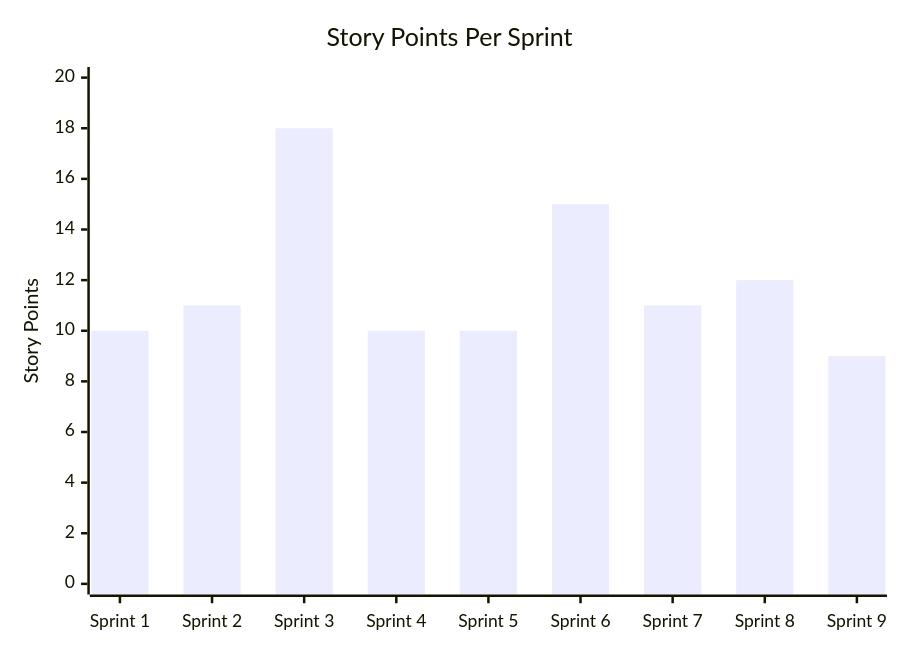
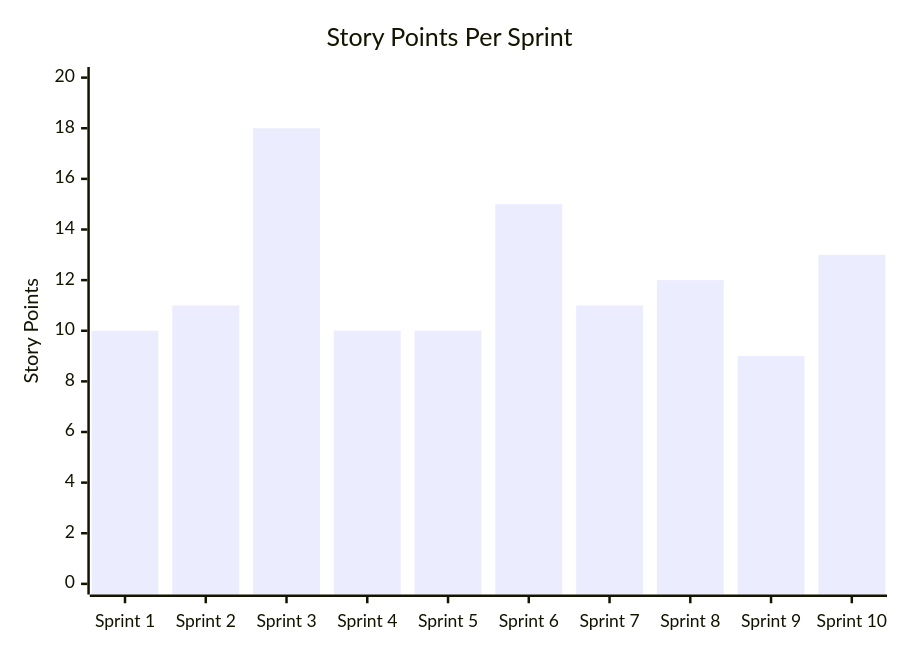
One commit to kv-sub/Random-ui changed the third of 3 diagrams in docs/sprint-plan/09-sprint-plan.md. Above: the diagram before and after it, drawn with Mermaid. The commit also changed other lines of this file and 16 other files, not shown here.

````diff
--- a/docs/sprint-plan/09-sprint-plan.md
+++ b/docs/sprint-plan/09-sprint-plan.md
@@ -360,7 +402,7 @@
 ```mermaid
 xychart-beta
     title "Story Points Per Sprint"
-    x-axis ["Sprint 1", "Sprint 2", "Sprint 3", "Sprint 4", "Sprint 5", "Sprint 6", "Sprint 7", "Sprint 8", "Sprint 9"]
+    x-axis ["Sprint 1", "Sprint 2", "Sprint 3", "Sprint 4", "Sprint 5", "Sprint 6", "Sprint 7", "Sprint 8", "Sprint 9", "Sprint 10"]
     y-axis "Story Points" 0 --> 20
-    bar [10, 11, 18, 10, 10, 15, 11, 12, 9]
+    bar [10, 11, 18, 10, 10, 15, 11, 12, 9, 13]
 ```
````
